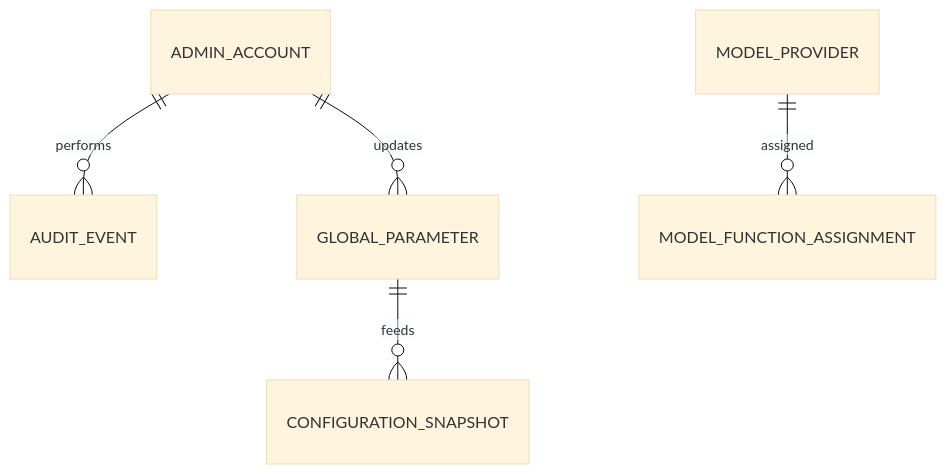
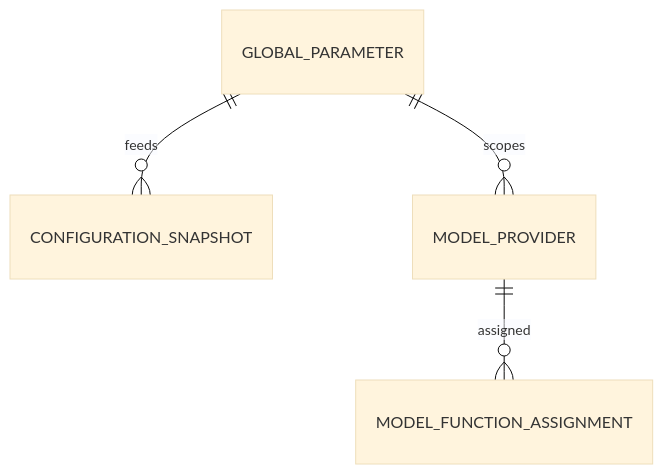
One commit to 2W2-114324-Carballo-Juarez-Mateo/backoffice-docs changed the diagram in docs/backend/datos/modelo.md. Above: the diagram before and after it, drawn with Mermaid (base theme). The commit also changed other lines of this file and 11 other files, not shown here.

````diff
--- a/docs/backend/datos/modelo.md
+++ b/docs/backend/datos/modelo.md
@@ -95,7 +70,6 @@
 ```mermaid
 erDiagram
-    ADMIN_ACCOUNT ||--o{ AUDIT_EVENT : performs
-    ADMIN_ACCOUNT ||--o{ GLOBAL_PARAMETER : updates
+    GLOBAL_PARAMETER ||--o{ CONFIGURATION_SNAPSHOT : feeds
     MODEL_PROVIDER ||--o{ MODEL_FUNCTION_ASSIGNMENT : assigned
-    GLOBAL_PARAMETER ||--o{ CONFIGURATION_SNAPSHOT : feeds
+    GLOBAL_PARAMETER ||--o{ MODEL_PROVIDER : scopes
 ```
````
